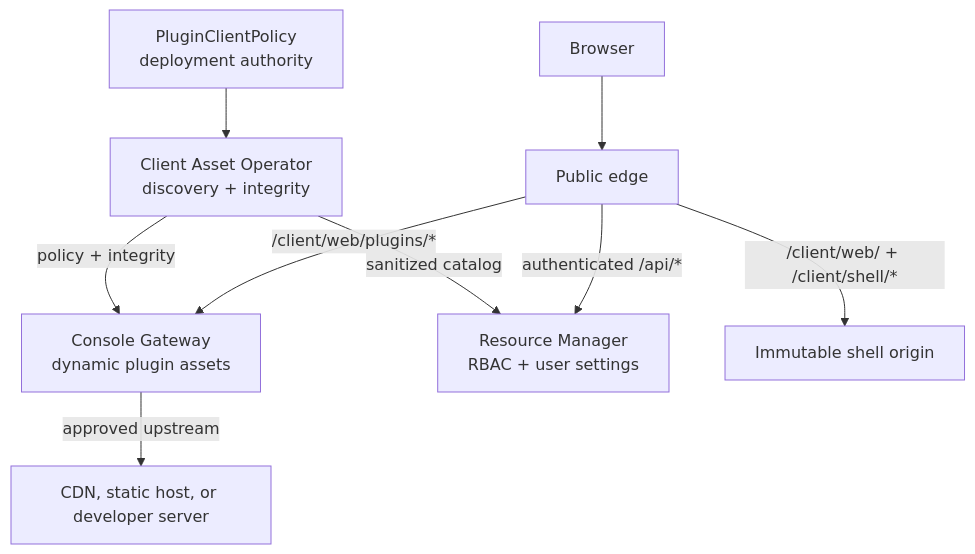
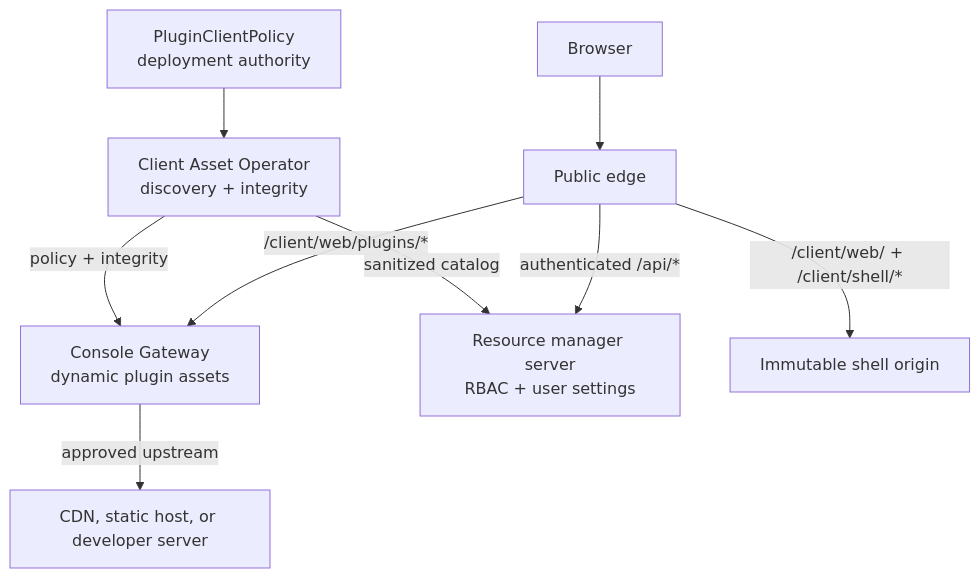
One commit to fleetshift/fleetshift-poc changed the second of 4 diagrams in docs/design/client-asset-separation.md. Above: the diagram before and after it, drawn with Mermaid. The commit also changed other lines of this file and 139 other files, not shown here.

Commit message:
Clarify platform, architecture, and resource manager terminology

````diff
--- a/docs/design/client-asset-separation.md
+++ b/docs/design/client-asset-separation.md
@@ -51,11 +51,11 @@
 ```mermaid
 flowchart TB
     Policy[PluginClientPolicy<br/>deployment authority] --> Operator[Client Asset Operator<br/>discovery + integrity]
     Operator -->|policy + integrity| Gateway[Console Gateway<br/>dynamic plugin assets]
-    Operator -->|sanitized catalog| RM[Resource Manager<br/>RBAC + user settings]
+    Operator -->|sanitized catalog| RM[Resource manager server<br/>RBAC + user settings]
     Browser[Browser] --> Edge[Public edge]
     Edge -->|/client/web/ + /client/shell/*| Shell[Immutable shell origin]
     Edge -->|/client/web/plugins/*| Gateway
     Edge -->|authenticated /api/*| RM
     Gateway -->|approved upstream| Origin[CDN, static host, or developer server]
 ```
````
